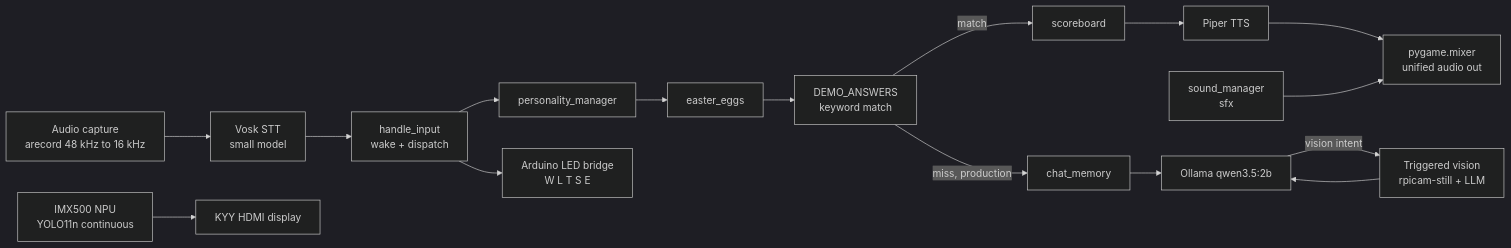
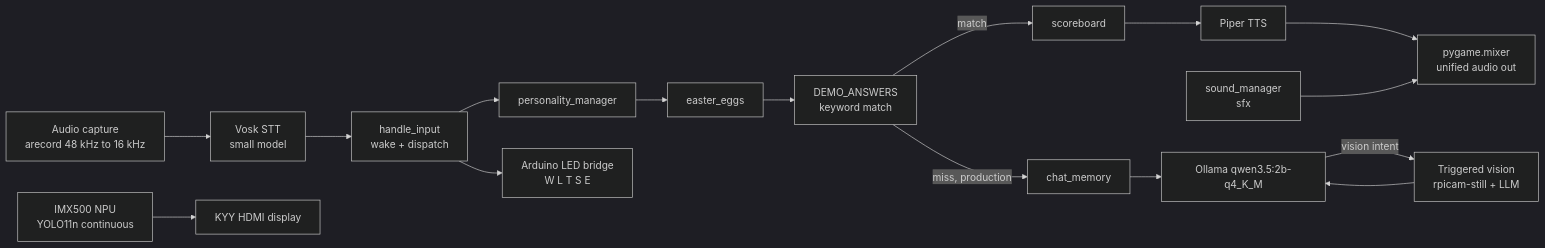
The diagram in docs/architecture.md (codezenn/echo-iris), drawn with Mermaid (dark theme) before and after one commit. The commit also changed other lines of this file and 2 other files, not shown here.

First line of the commit message:
Settle MODEL_NAME discrepancy: qwen3.5:2b-q4_K_M throughout docs

````diff
--- a/docs/architecture.md
+++ b/docs/architecture.md
@@ -42,36 +42,36 @@
 ```mermaid
 flowchart LR
     AREC[Audio capture<br/>arecord 48 kHz to 16 kHz]
     VOSK[Vosk STT<br/>small model]
     DISP[handle_input<br/>wake + dispatch]
 
     PSWITCH[personality_manager]
     EASTER[easter_eggs]
     DEMOAN[DEMO_ANSWERS<br/>keyword match]
     MEM[chat_memory]
-    OLL[Ollama qwen3.5:2b]
+    OLL[Ollama qwen3.5:2b-q4_K_M]
     VISION[Triggered vision<br/>rpicam-still + LLM]
 
     YOLO[IMX500 NPU<br/>YOLO11n continuous]
     HDMI[KYY HDMI display]
 
     SCORE[scoreboard]
     SOUND[sound_manager<br/>sfx]
     PIPER[Piper TTS]
     MIX[pygame.mixer<br/>unified audio out]
 
     LEDBR[Arduino LED bridge<br/>W L T S E]
 
     AREC --> VOSK --> DISP
     DISP --> PSWITCH --> EASTER --> DEMOAN
     DEMOAN -- match --> SCORE
     DEMOAN -- miss, production --> MEM --> OLL
     OLL -- vision intent --> VISION
     VISION --> OLL
     SCORE --> PIPER
     PIPER --> MIX
     SOUND --> MIX
     DISP --> LEDBR
 
     YOLO --> HDMI
 ```
````
